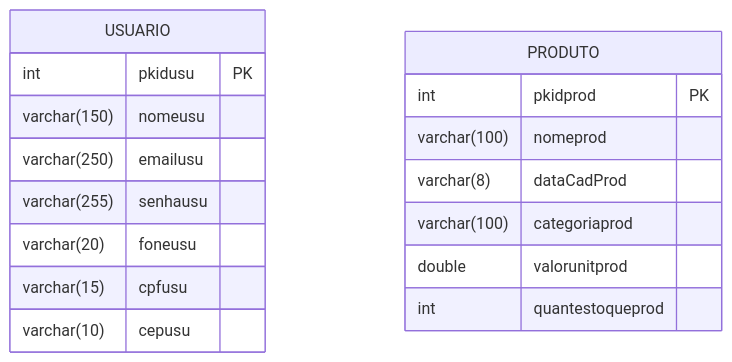
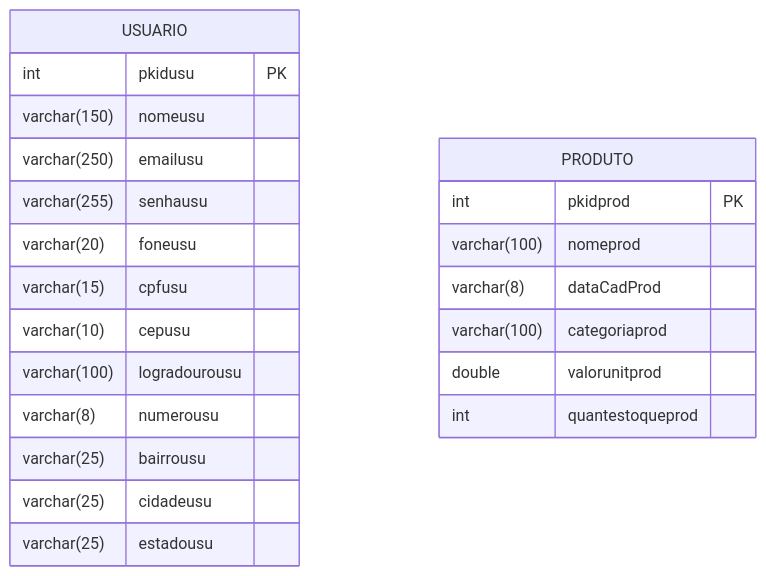
The diagram in README.md (jefersonleon/ProjetoFinalPOO1), drawn with Mermaid before and after one commit. The commit also changed other lines of this file, not shown here.

````diff
--- a/README.md
+++ b/README.md
@@ -62,20 +62,25 @@
 ```mermaid
 erDiagram
     USUARIO {
         int pkidusu PK
         varchar(150) nomeusu
         varchar(250) emailusu
         varchar(255) senhausu
         varchar(20) foneusu
         varchar(15) cpfusu
         varchar(10) cepusu
+        varchar(100) logradourousu
+        varchar(8) numerousu
+        varchar(25) bairrousu
+        varchar(25) cidadeusu
+        varchar(25) estadousu
     }
     PRODUTO {
         int pkidprod PK
         varchar(100) nomeprod
         varchar(8) dataCadProd
         varchar(100) categoriaprod
         double valorunitprod 
         int quantestoqueprod
     }
 ```
````
